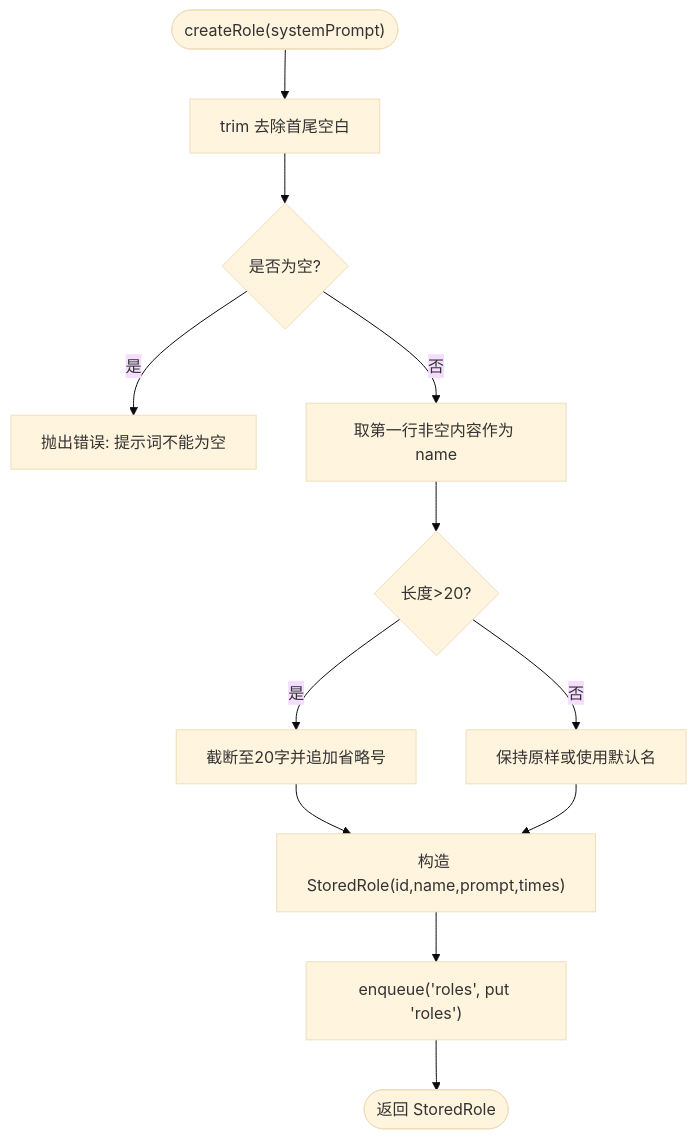
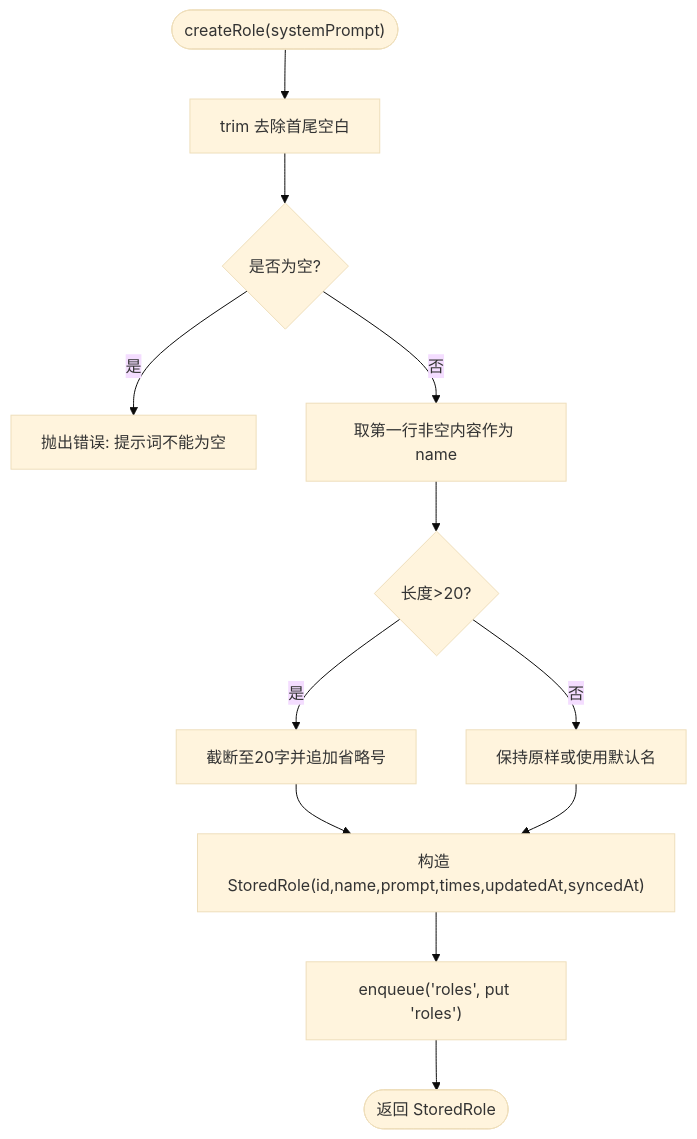
The third of 8 diagrams in .qoder/repowiki/zh/content/聊天模块/角色系统.md (billye220670/AIShop), drawn with Mermaid (base theme) before and after one commit. The commit also changed other lines of this file and 30 other files, not shown here.

First line of the commit message:
fix: 修复 BYOC 自动同步与流式输出的竞态（圆点中断、Load failed、图片不可用）

````diff
--- a/.qoder/repowiki/zh/content/聊天模块/角色系统.md
+++ b/.qoder/repowiki/zh/content/聊天模块/角色系统.md
@@ -120,14 +136,14 @@
 ```mermaid
 flowchart TD
 Start(["createRole(systemPrompt)"]) --> Trim["trim 去除首尾空白"]
 Trim --> CheckEmpty{"是否为空?"}
 CheckEmpty -- 是 --> Reject["抛出错误: 提示词不能为空"]
 CheckEmpty -- 否 --> FirstLine["取第一行非空内容作为 name"]
 FirstLine --> NameLen{"长度>20?"}
 NameLen -- 是 --> Trunc["截断至20字并追加省略号"]
 NameLen -- 否 --> Keep["保持原样或使用默认名"]
-Trunc --> BuildRec["构造 StoredRole(id,name,prompt,times)"]
+Trunc --> BuildRec["构造 StoredRole(id,name,prompt,times,updatedAt,syncedAt)"]
 Keep --> BuildRec
 BuildRec --> Enqueue["enqueue('roles', put 'roles')"]
 Enqueue --> Done(["返回 StoredRole"])
 ```
````
